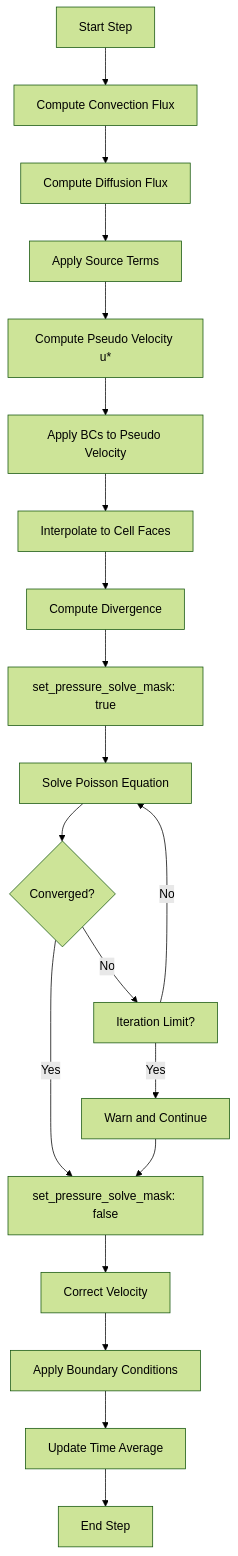
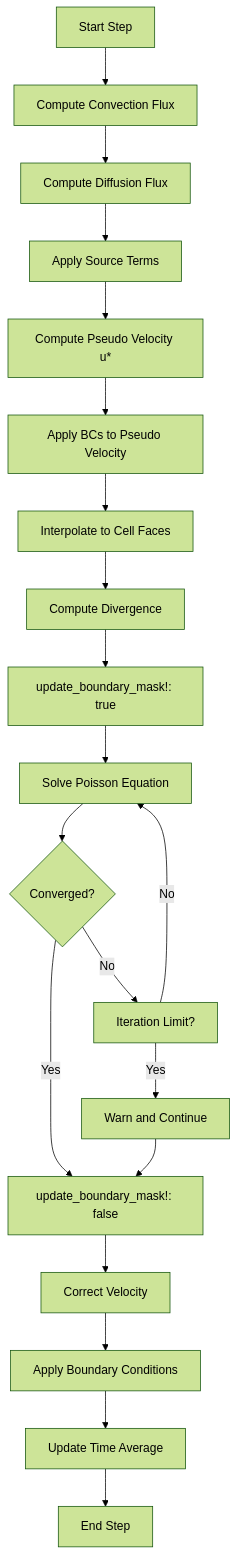
The third of 4 diagrams in .kiro/specs/cleanroom-simulator/design.md (kenoogl/CleanRoom), drawn with Mermaid (forest theme) before and after one commit. The commit also changed other lines of this file and 2 other files, not shown here.

````diff
--- a/.kiro/specs/cleanroom-simulator/design.md
+++ b/.kiro/specs/cleanroom-simulator/design.md
@@ -180,22 +180,22 @@
 ```mermaid
 flowchart TB
     A[Start Step] --> B[Compute Convection Flux]
     B --> C[Compute Diffusion Flux]
     C --> D[Apply Source Terms]
     D --> E[Compute Pseudo Velocity u*]
     E --> E2[Apply BCs to Pseudo Velocity]
     E2 --> F[Interpolate to Cell Faces]
     F --> G[Compute Divergence]
-    G --> H_mask[set_pressure_solve_mask: true]
+    G --> H_mask[update_boundary_mask!: true]
     H_mask --> H[Solve Poisson Equation]
     H --> I{Converged?}
-    I -->|Yes| J_unmask[set_pressure_solve_mask: false]
+    I -->|Yes| J_unmask[update_boundary_mask!: false]
     J_unmask --> J[Correct Velocity]
     I -->|No| K[Iteration Limit?]
     K -->|No| H
     K -->|Yes| L[Warn and Continue]
     L --> J_unmask
     J --> M[Apply Boundary Conditions]
     M --> N[Update Time Average]
     N --> O[End Step]
 ```
````
